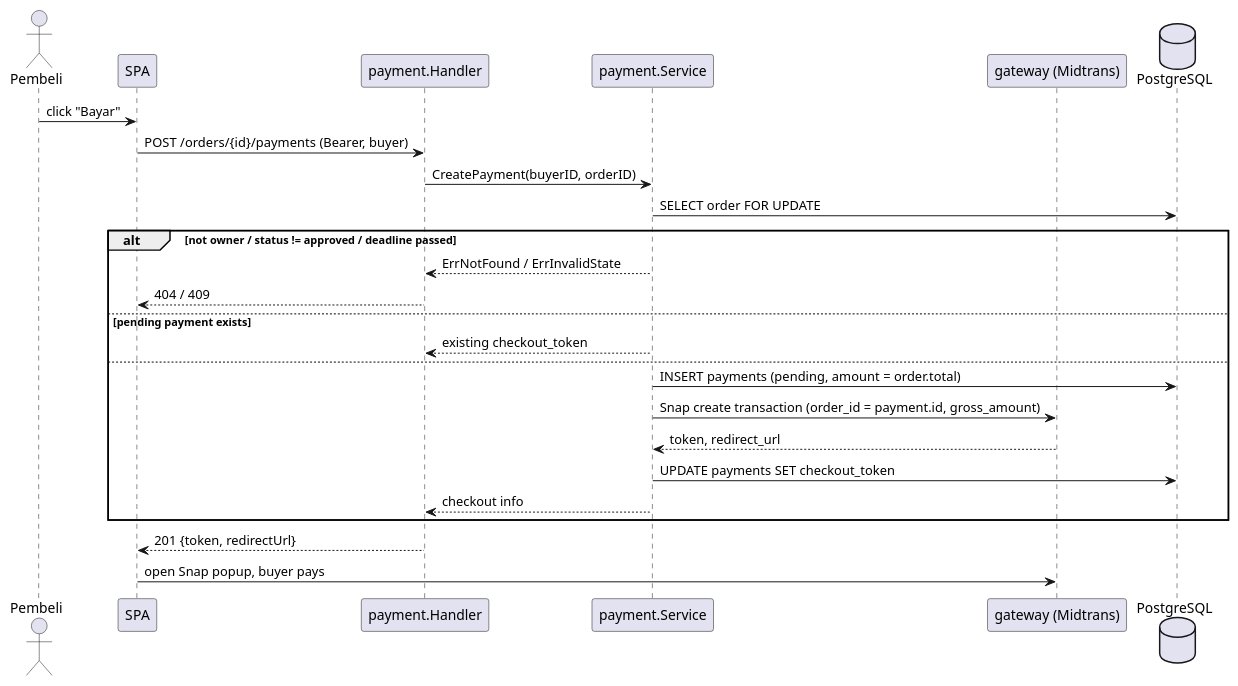
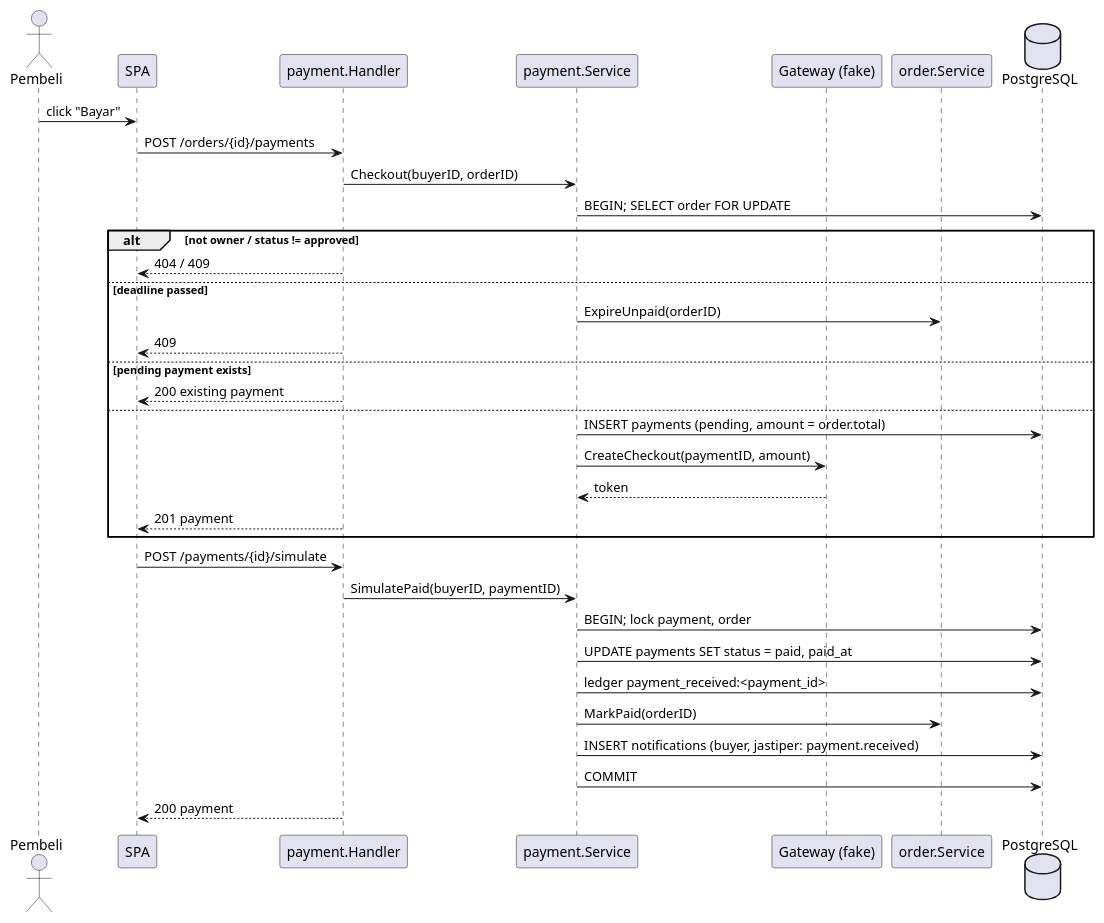
The second of 5 diagrams in docs/features/payment.md (Titip-Dong/titipdong-be), drawn with PlantUML before and after one commit. The commit also changed other lines of this file and 11 other files, not shown here.

````diff
--- a/docs/features/payment.md
+++ b/docs/features/payment.md
@@ -211,29 +216,39 @@
 ```plantuml
 @startuml
 actor Pembeli
 participant "SPA" as FE
 participant "payment.Handler" as H
 participant "payment.Service" as S
-participant "gateway (Midtrans)" as GW
+participant "Gateway (fake)" as GW
+participant "order.Service" as O
 database PostgreSQL as DB
 
 Pembeli -> FE : click "Bayar"
-FE -> H : POST /orders/{id}/payments (Bearer, buyer)
-H -> S : CreatePayment(buyerID, orderID)
-S -> DB : SELECT order FOR UPDATE
-alt not owner / status != approved / deadline passed
-  S --> H : ErrNotFound / ErrInvalidState
+FE -> H : POST /orders/{id}/payments
+H -> S : Checkout(buyerID, orderID)
+S -> DB : BEGIN; SELECT order FOR UPDATE
+alt not owner / status != approved
   H --> FE : 404 / 409
+else deadline passed
+  S -> O : ExpireUnpaid(orderID)
+  H --> FE : 409
 else pending payment exists
-  S --> H : existing checkout_token
+  H --> FE : 200 existing payment
 else
   S -> DB : INSERT payments (pending, amount = order.total)
-  S -> GW : Snap create transaction (order_id = payment.id, gross_amount)
-  GW --> S : token, redirect_url
-  S -> DB : UPDATE payments SET checkout_token
-  S --> H : checkout info
+  S -> GW : CreateCheckout(paymentID, amount)
+  GW --> S : token
+  H --> FE : 201 payment
 end
-H --> FE : 201 {token, redirectUrl}
-FE -> GW : open Snap popup, buyer pays
+
+FE -> H : POST /payments/{id}/simulate
+H -> S : SimulatePaid(buyerID, paymentID)
+S -> DB : BEGIN; lock payment, order
+S -> DB : UPDATE payments SET status = paid, paid_at
+S -> DB : ledger payment_received:<payment_id>
+S -> O : MarkPaid(orderID)
+S -> DB : INSERT notifications (buyer, jastiper: payment.received)
+S -> DB : COMMIT
+H --> FE : 200 payment
 @enduml
 ```
````
